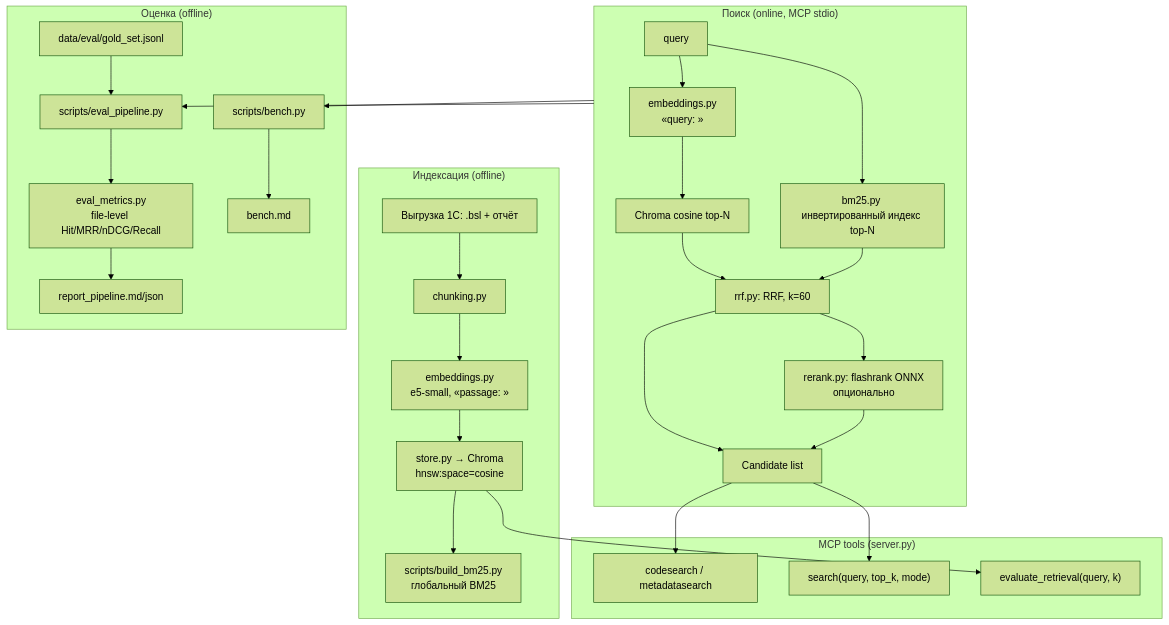
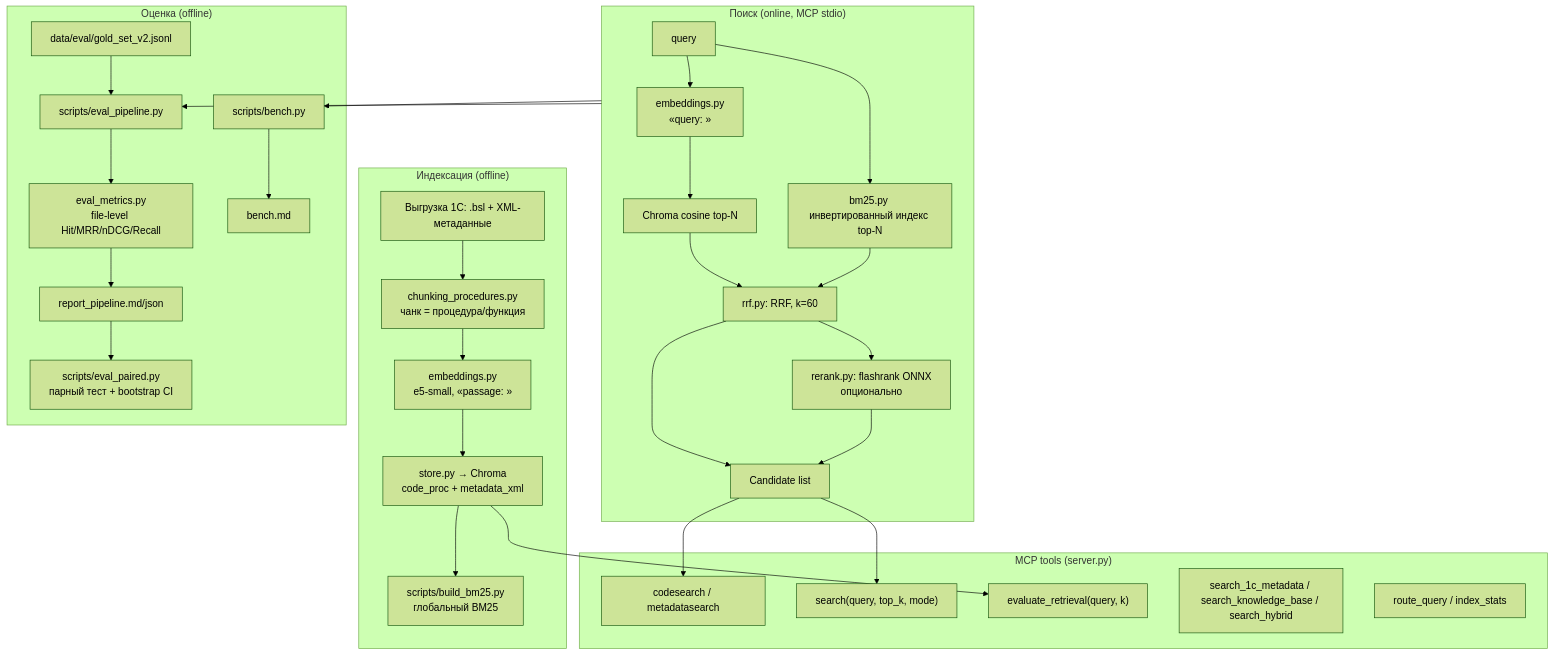
The diagram in docs/ARCHITECTURE.md (Smaturus/1c-mcp-rag-search), drawn with Mermaid (forest theme) before and after one commit. The commit also changed other lines of this file and 1 other file, not shown here.

Commit message:
docs: final README and architecture for the rebuilt corpus and 2x2 ablation

````diff
--- a/docs/ARCHITECTURE.md
+++ b/docs/ARCHITECTURE.md
@@ -24,39 +26,42 @@
 ```mermaid
 flowchart TB
     subgraph Indexing["Индексация (offline)"]
-        SRC[Выгрузка 1С: .bsl + отчёт] --> CH[chunking.py]
+        SRC[Выгрузка 1С: .bsl + XML-метаданные] --> CH[chunking_procedures.py<br/>чанк = процедура/функция]
         CH --> EMB[embeddings.py<br/>e5-small, «passage: »]
-        EMB --> ST[store.py → Chroma<br/>hnsw:space=cosine]
+        EMB --> ST[store.py → Chroma<br/>code_proc + metadata_xml]
         ST --> BM[scripts/build_bm25.py<br/>глобальный BM25]
     end
 
     subgraph Serving["Поиск (online, MCP stdio)"]
         Q[query] --> EQ[embeddings.py<br/>«query: »]
         EQ --> VS[Chroma cosine top-N]
         Q --> BS[bm25.py инвертированный индекс top-N]
         VS --> RRF[rrf.py: RRF, k=60]
         BS --> RRF
         RRF --> RR[rerank.py: flashrank ONNX<br/>опционально]
         RRF --> OUT[Candidate list]
         RR --> OUT
     end
 
     subgraph MCP["MCP tools (server.py)"]
         T1[codesearch / metadatasearch]
         T2["search(query, top_k, mode)"]
         T3["evaluate_retrieval(query, k)"]
+        T4["search_1c_metadata / search_knowledge_base / search_hybrid"]
+        T5["route_query / index_stats"]
     end
 
     subgraph Eval["Оценка (offline)"]
-        G[data/eval/gold_set.jsonl] --> EP[scripts/eval_pipeline.py]
+        G[data/eval/gold_set_v2.jsonl] --> EP[scripts/eval_pipeline.py]
         EP --> M[eval_metrics.py<br/>file-level Hit/MRR/nDCG/Recall]
         M --> REP[report_pipeline.md/json]
+        REP --> PAIRED[scripts/eval_paired.py<br/>парный тест + bootstrap CI]
         BEN[scripts/bench.py] --> BL[bench.md]
     end
 
     OUT --> T1
     OUT --> T2
     ST --> T3
     Serving --> EP
     Serving --> BEN
 ```
````
